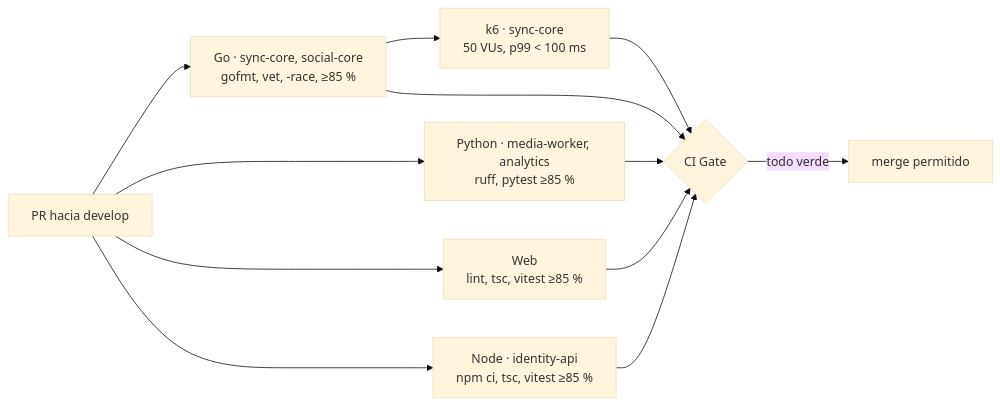
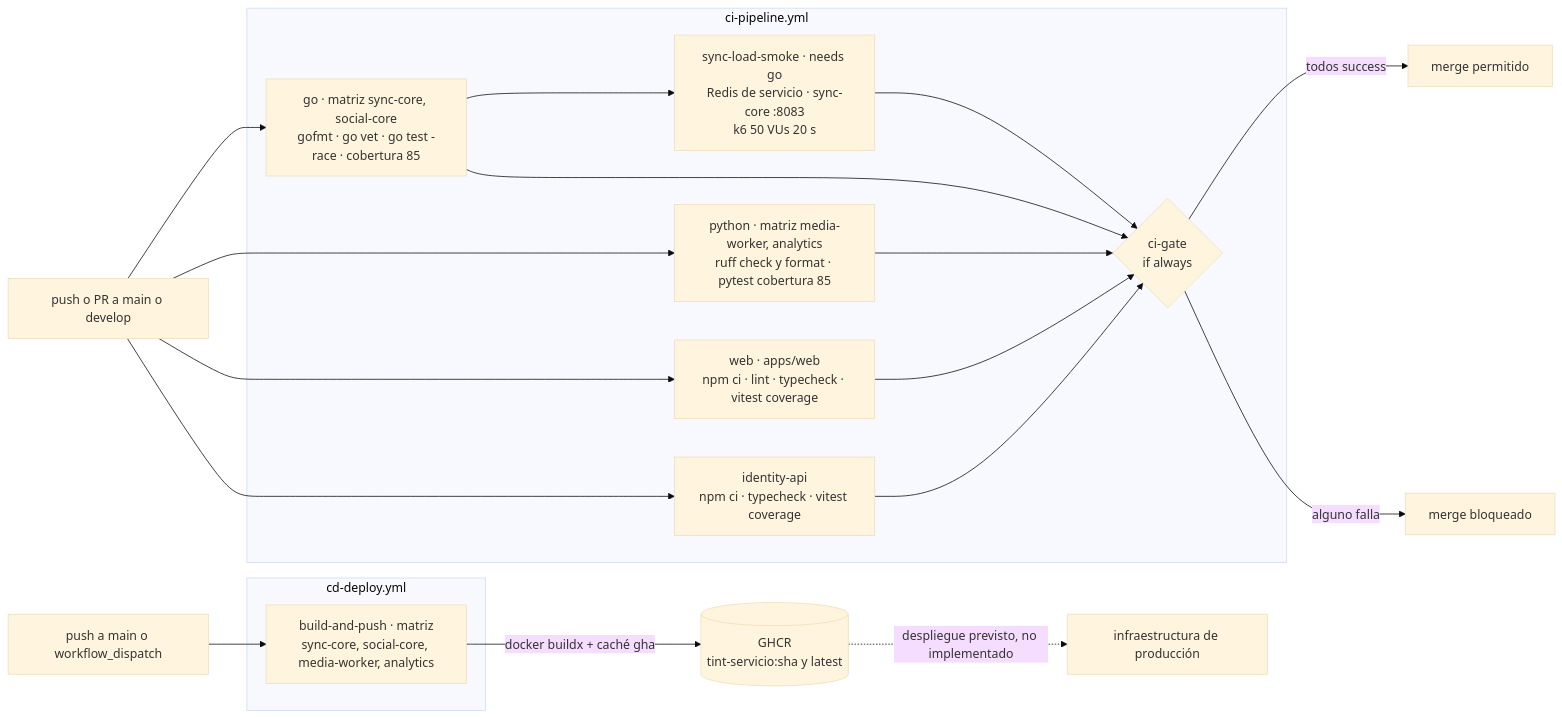
The seventh of 7 diagrams in docs/arquitectura.md (N1ghtlyC0de/TINT), drawn with Mermaid (base theme) before and after one commit. The commit also changed other lines of this file, not shown here.

First line of the commit message:
docs: agrega vistas de despliegue y de componentes y conectores

````diff
--- a/docs/arquitectura.md
+++ b/docs/arquitectura.md
@@ -121,10 +378,28 @@
 ```mermaid
 flowchart LR
-    PR["PR hacia develop"] --> GO["Go · sync-core, social-core<br/>gofmt, vet, -race, ≥85 %"]
-    PR --> PY["Python · media-worker, analytics<br/>ruff, pytest ≥85 %"]
-    PR --> WEB["Web<br/>lint, tsc, vitest ≥85 %"]
-    PR --> IDN["Node · identity-api<br/>npm ci, tsc, vitest ≥85 %"]
-    GO --> K6["k6 · sync-core<br/>50 VUs, p99 < 100 ms"]
-    GO & PY & WEB & IDN & K6 --> GATE{"CI Gate"}
-    GATE -- "todo verde" --> MERGE["merge permitido"]
+    EV1["push o PR a main o develop"] --> GO
+    EV1 --> PY
+    EV1 --> WEBJ
+    EV1 --> IDJ
+
+    subgraph ci["ci-pipeline.yml"]
+        GO["go · matriz sync-core, social-core<br/>gofmt · go vet · go test -race · cobertura 85"]
+        PY["python · matriz media-worker, analytics<br/>ruff check y format · pytest cobertura 85"]
+        WEBJ["web · apps/web<br/>npm ci · lint · typecheck · vitest coverage"]
+        IDJ["identity-api<br/>npm ci · typecheck · vitest coverage"]
+        K6["sync-load-smoke · needs go<br/>Redis de servicio · sync-core :8083<br/>k6 50 VUs 20 s"]
+        GATE{"ci-gate<br/>if always"}
+        GO --> K6
+        GO & PY & WEBJ & IDJ & K6 --> GATE
+    end
+
+    GATE -- "todos success" --> OK["merge permitido"]
+    GATE -- "alguno falla" --> KO["merge bloqueado"]
+
+    EV2["push a main o workflow_dispatch"] --> CD
+    subgraph cd["cd-deploy.yml"]
+        CD["build-and-push · matriz<br/>sync-core, social-core, media-worker, analytics"]
+    end
+    CD -- "docker buildx + caché gha" --> GHCR[("GHCR<br/>tint-servicio:sha y latest")]
+    GHCR -. "despliegue previsto, no implementado" .-> PROD["infraestructura de producción"]
 ```
````
